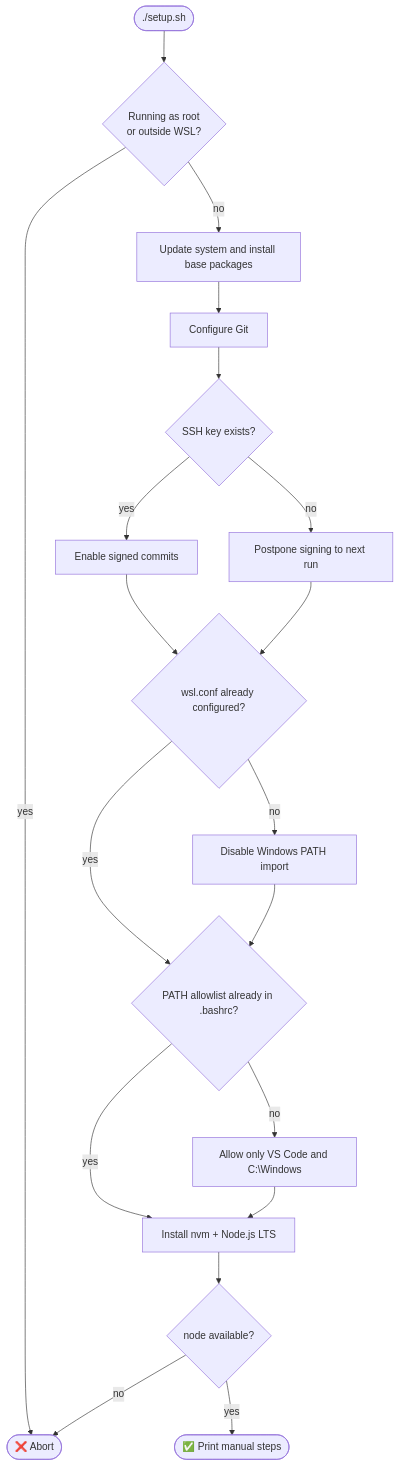
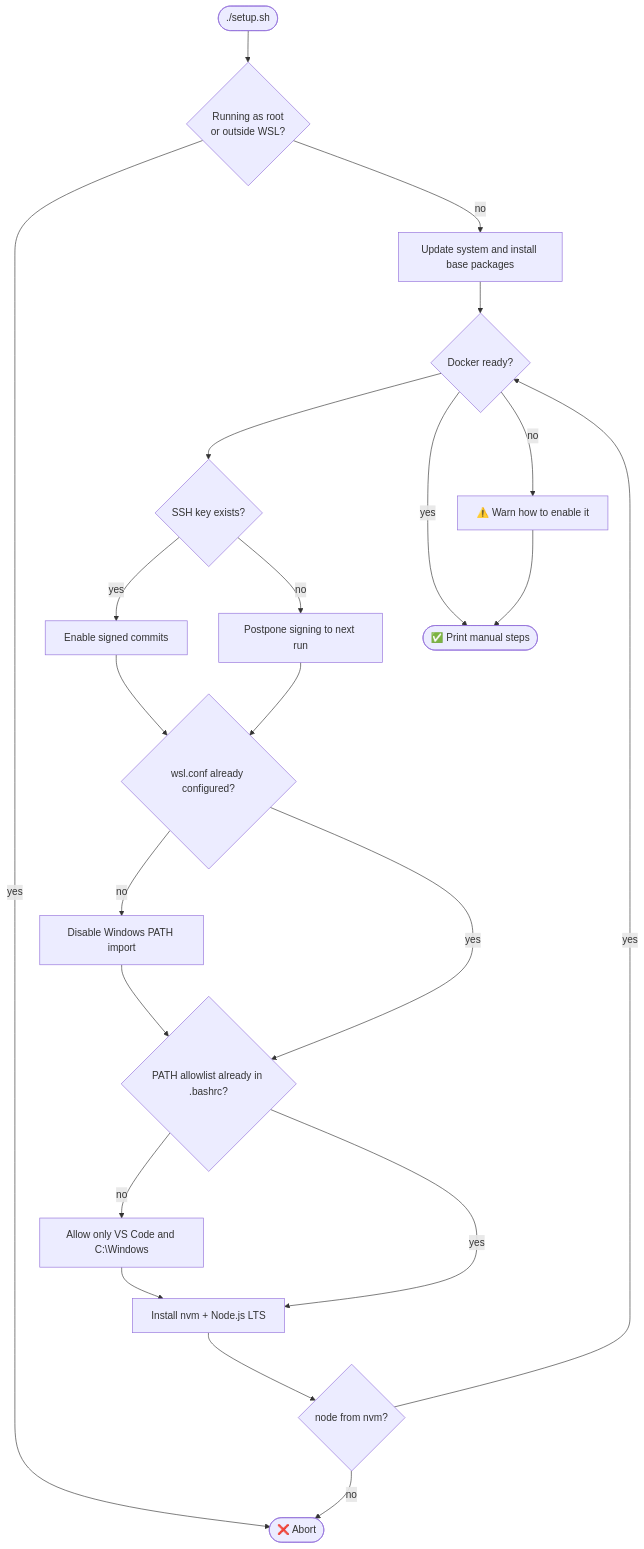
Before and after one commit to ADSLustosa/secure-wsl-devkit: the diagram in README.md, drawn with Mermaid. The commit also changed other lines of this file and 10 other files, not shown here.

Commit message:
docs: documenta a verificação do Docker e avança o roadmap

````diff
--- a/README.md
+++ b/README.md
@@ -84,21 +84,23 @@
 ```mermaid
 flowchart TD
     A([./setup.sh]) --> B{Running as root<br/>or outside WSL?}
     B -- yes --> X([❌ Abort])
     B -- no --> C[Update system and install base packages]
     C --> D[Configure Git]
     D --> E{SSH key exists?}
     E -- yes --> F[Enable signed commits]
     E -- no --> G[Postpone signing to next run]
     F --> H{wsl.conf already configured?}
     G --> H
     H -- no --> I[Disable Windows PATH import]
     H -- yes --> J
     I --> J{PATH allowlist already in .bashrc?}
     J -- no --> K[Allow only VS Code and C:\Windows]
     J -- yes --> L
     K --> L[Install nvm + Node.js LTS]
-    L --> M{node available?}
+    L --> M{node from nvm?}
     M -- no --> X
-    M -- yes --> N([✅ Print manual steps])
+    M -- yes --> D{Docker ready?}
+    D -- yes --> N([✅ Print manual steps])
+    D -- no --> W[⚠️ Warn how to enable it] --> N
 ```
````
